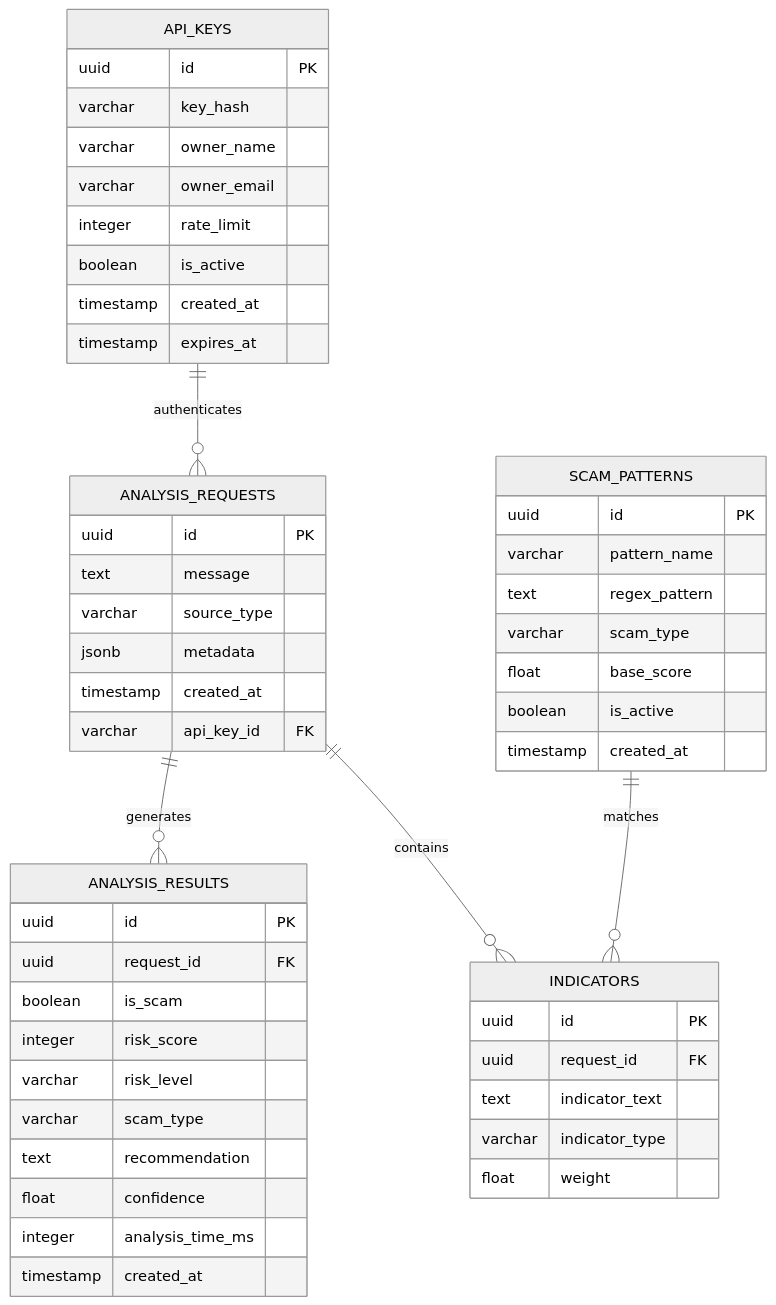
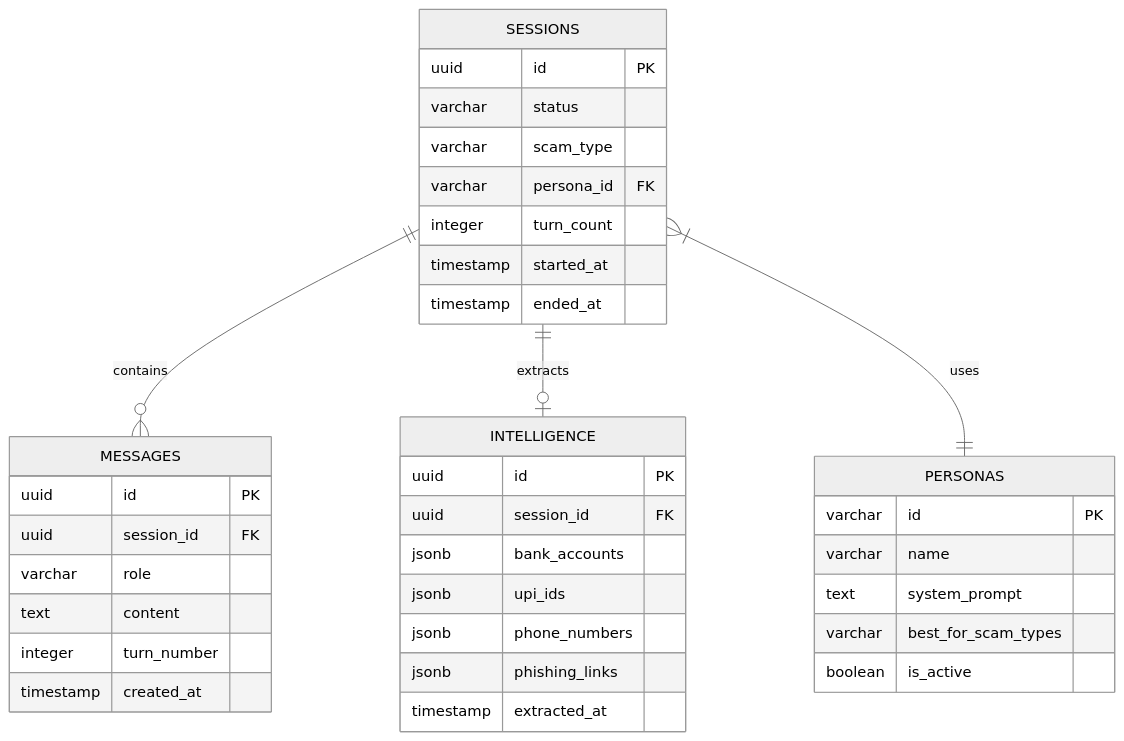
Before and after one commit to Prakhar2025/Agentic-Honey-Pot: the fourth of 4 diagrams in docs/ARCHITECTURE.md, drawn with Mermaid (neutral theme). The commit also changed other lines of this file and 4 other files, not shown here.

````diff
--- a/docs/ARCHITECTURE.md
+++ b/docs/ARCHITECTURE.md
@@ -225,58 +409,43 @@
 ```mermaid
 erDiagram
-    ANALYSIS_REQUESTS ||--o{ ANALYSIS_RESULTS : generates
-    ANALYSIS_REQUESTS ||--o{ INDICATORS : contains
-    API_KEYS ||--o{ ANALYSIS_REQUESTS : authenticates
-    SCAM_PATTERNS ||--o{ INDICATORS : matches
+    SESSIONS ||--o{ MESSAGES : contains
+    SESSIONS ||--o| INTELLIGENCE : extracts
+    SESSIONS }|--|| PERSONAS : uses
     
-    ANALYSIS_REQUESTS {
+    SESSIONS {
         uuid id PK
-        text message
-        varchar source_type
-        jsonb metadata
-        timestamp created_at
-        varchar api_key_id FK
+        varchar status
+        varchar scam_type
+        varchar persona_id FK
+        integer turn_count
+        timestamp started_at
+        timestamp ended_at
     }
     
-    ANALYSIS_RESULTS {
+    MESSAGES {
         uuid id PK
-        uuid request_id FK
-        boolean is_scam
-        integer risk_score
-        varchar risk_level
-        varchar scam_type
-        text recommendation
-        float confidence
-        integer analysis_time_ms
+        uuid session_id FK
+        varchar role
+        text content
+        integer turn_number
         timestamp created_at
     }
     
-    INDICATORS {
+    INTELLIGENCE {
         uuid id PK
-        uuid request_id FK
-        text indicator_text
-        varchar indicator_type
-        float weight
+        uuid session_id FK
+        jsonb bank_accounts
+        jsonb upi_ids
+        jsonb phone_numbers
+        jsonb phishing_links
+        timestamp extracted_at
     }
     
-    API_KEYS {
-        uuid id PK
-        varchar key_hash
-        varchar owner_name
-        varchar owner_email
-        integer rate_limit
+    PERSONAS {
+        varchar id PK
+        varchar name
+        text system_prompt
+        varchar best_for_scam_types
         boolean is_active
-        timestamp created_at
-        timestamp expires_at
-    }
-    
-    SCAM_PATTERNS {
-        uuid id PK
-        varchar pattern_name
-        text regex_pattern
-        varchar scam_type
-        float base_score
-        boolean is_active
-        timestamp created_at
     }
 ```
````
